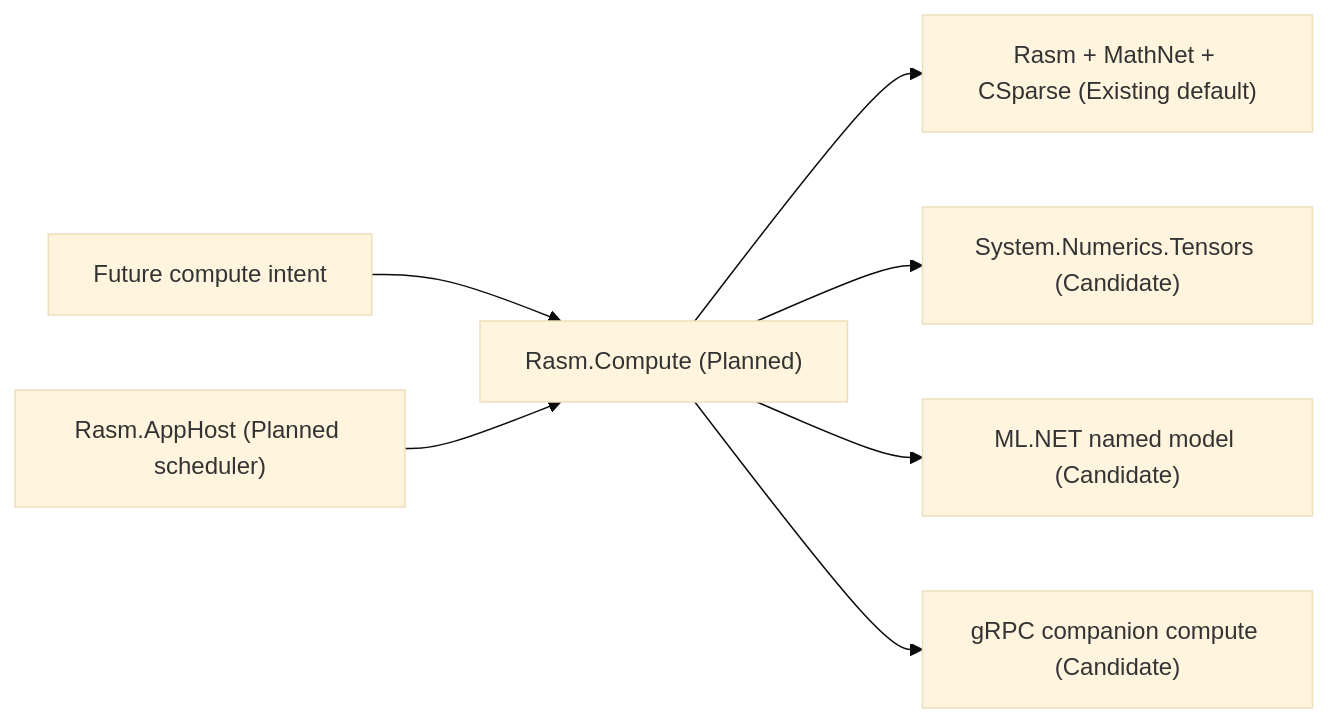
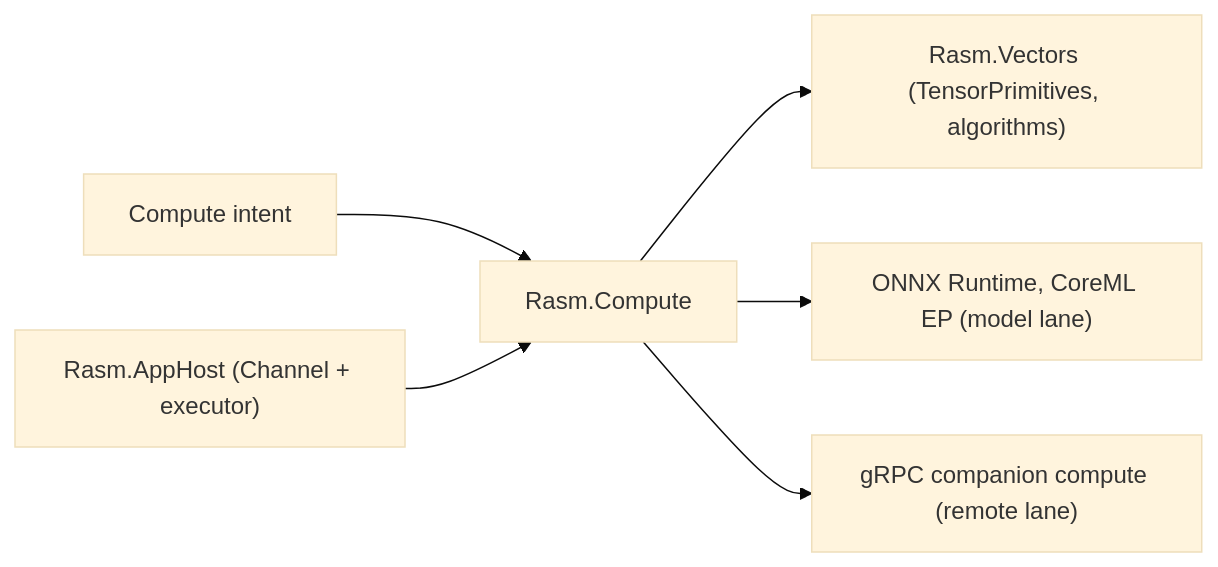
The diagram in libs/csharp/Rasm.Compute/_ARCHITECTURE.md (bsamiee/Rasm), drawn with Mermaid (base theme) before and after one commit. The commit also changed other lines of this file and 52 other files, not shown here.

````diff
--- a/libs/csharp/Rasm.Compute/_ARCHITECTURE.md
+++ b/libs/csharp/Rasm.Compute/_ARCHITECTURE.md
@@ -14,9 +14,8 @@
 ```mermaid
 flowchart LR
-    Request["Future compute intent"] --> Compute["Rasm.Compute (Planned)"]
-    Compute --> Rasm["Rasm + MathNet + CSparse (Existing default)"]
-    Compute --> Tensor["System.Numerics.Tensors (Candidate)"]
-    Compute --> Model["ML.NET named model (Candidate)"]
-    Compute --> Remote["gRPC companion compute (Candidate)"]
-    AppHost["Rasm.AppHost (Planned scheduler)"] --> Compute
+    Request["Compute intent"] --> Compute["Rasm.Compute"]
+    Compute --> Vectors["Rasm.Vectors (TensorPrimitives, algorithms)"]
+    Compute --> Model["ONNX Runtime, CoreML EP (model lane)"]
+    Compute --> Remote["gRPC companion compute (remote lane)"]
+    AppHost["Rasm.AppHost (Channel + executor)"] --> Compute
 ```
````
